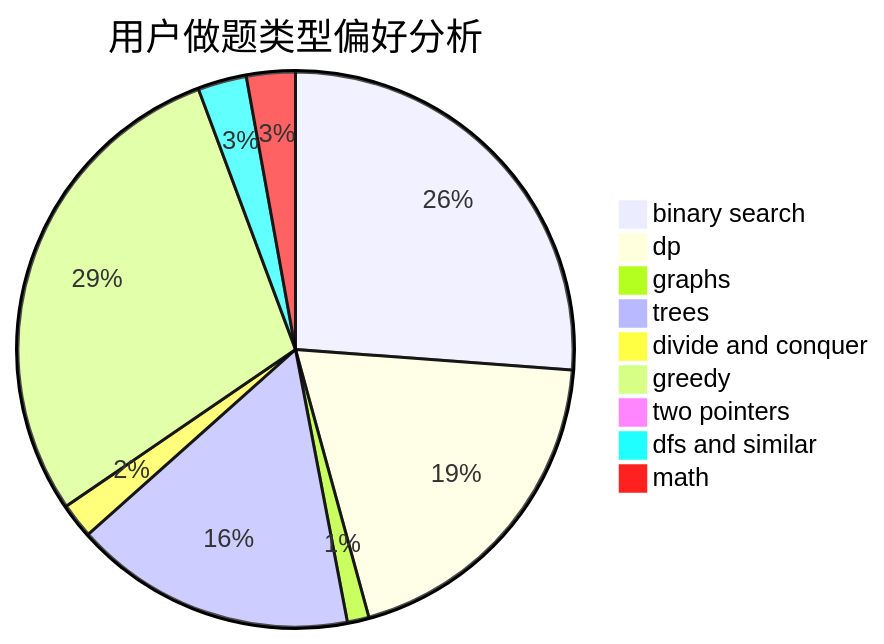
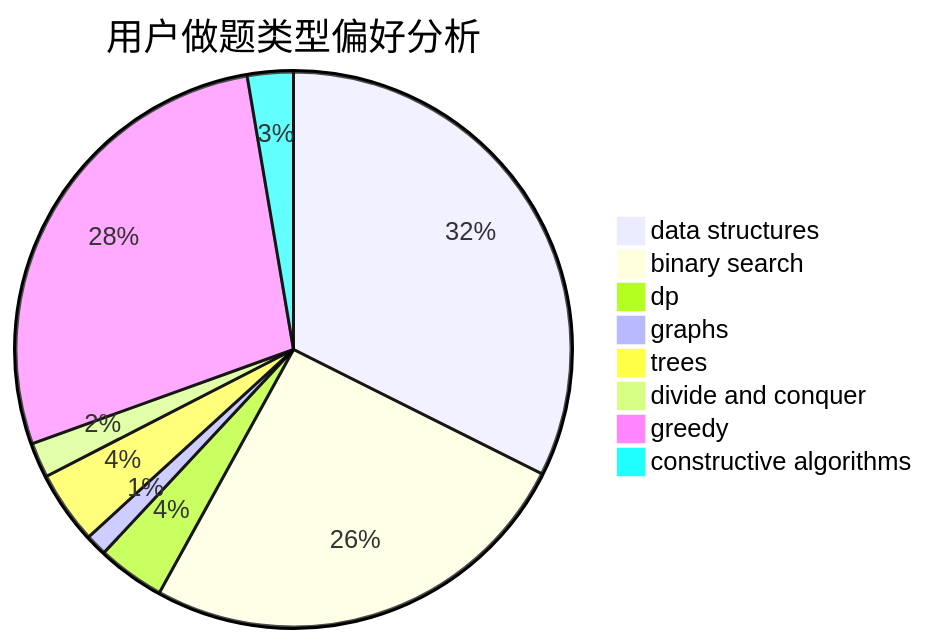
The second of 3 diagrams in docs/user/u2240.md (sherpahu/cfrs.github.io), drawn with Mermaid before and after one commit. The commit also changed other lines of this file and 2775 other files, not shown here.

````diff
--- a/docs/user/u2240.md
+++ b/docs/user/u2240.md
@@ -23,12 +23,11 @@
 ```mermaid
 pie title 用户做题类型偏好分析
-    "binary search" :  166
-    "dp" :  124
+    "data structures" :  206
+    "binary search" :  163
+    "dp" :  25
     "graphs" :  8
-    "trees" :  104
+    "trees" :  27
     "divide and conquer" :  13
-    "greedy" :  183
-    "two pointers" :  6
-    "dfs and similar" :  18
-    "math" :  18
+    "greedy" :  177
+    "constructive algorithms" :  17
 ```
````
